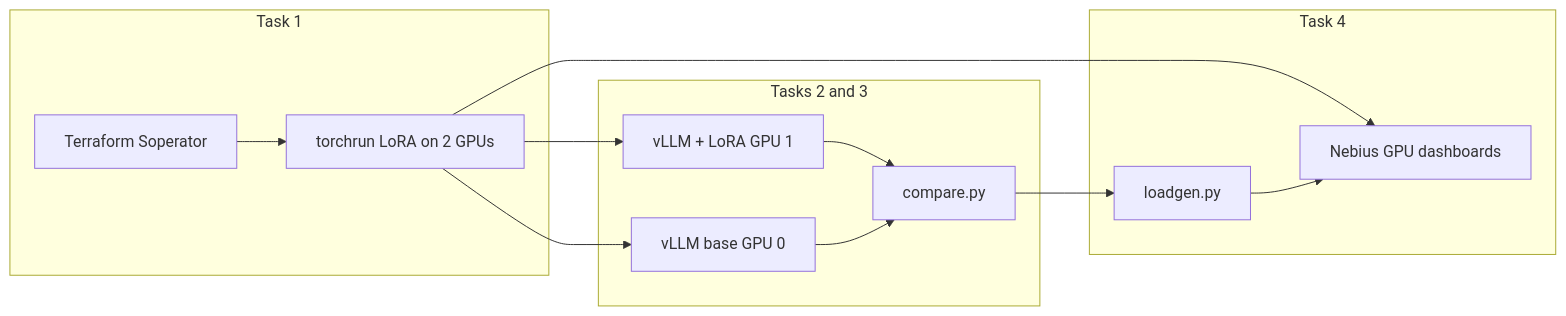
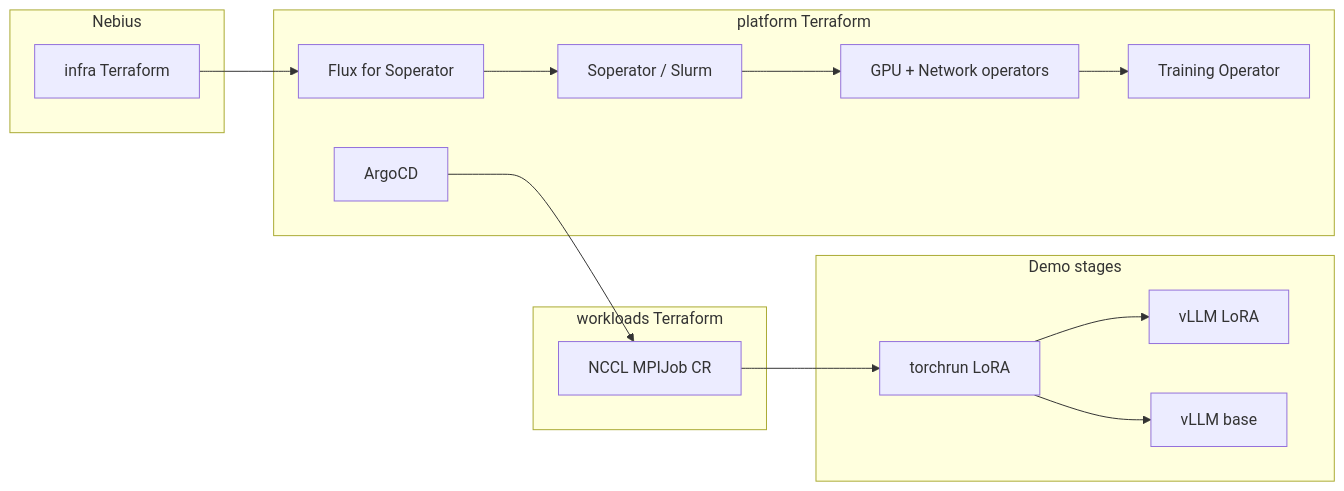
The diagram in README.md (fabiogomezdiaz/nebius-demo-day), drawn with Mermaid before and after one commit. The commit also changed other lines of this file and 14 other files, not shown here.

First line of the commit message:
Document the infra and platform Terraform split.

````diff
--- a/README.md
+++ b/README.md
@@ -24,17 +28,29 @@
 ```mermaid
 flowchart LR
-  subgraph task1 [Task 1]
-    TF[Terraform Soperator] --> TRAIN[torchrun LoRA on 2 GPUs]
+  subgraph infra [Nebius]
+    TF[infra Terraform]
   end
-  subgraph task23 [Tasks 2 and 3]
-    TRAIN --> FT[vLLM + LoRA GPU 1]
-    TRAIN --> BASE[vLLM base GPU 0]
-    FT --> CMP[compare.py]
-    BASE --> CMP
+  subgraph platform [platform Terraform]
+    FLUX[Flux for Soperator]
+    SOP[Soperator / Slurm]
+    GOP[GPU + Network operators]
+    ARGO[ArgoCD]
+    TO[Training Operator]
   end
-  subgraph task4 [Task 4]
-    TRAIN --> DASH[Nebius GPU dashboards]
-    CMP --> LOAD[loadgen.py]
-    LOAD --> DASH
+  subgraph workloads [workloads Terraform]
+    NCCL[NCCL MPIJob CR]
   end
+  subgraph demo [Demo stages]
+    TRAIN[torchrun LoRA]
+    FT[vLLM LoRA]
+    BASE[vLLM base]
+  end
+  TF --> FLUX
+  FLUX --> SOP
+  SOP --> GOP
+  GOP --> TO
+  ARGO --> NCCL
+  NCCL --> TRAIN
+  TRAIN --> FT
+  TRAIN --> BASE
 ```
````
